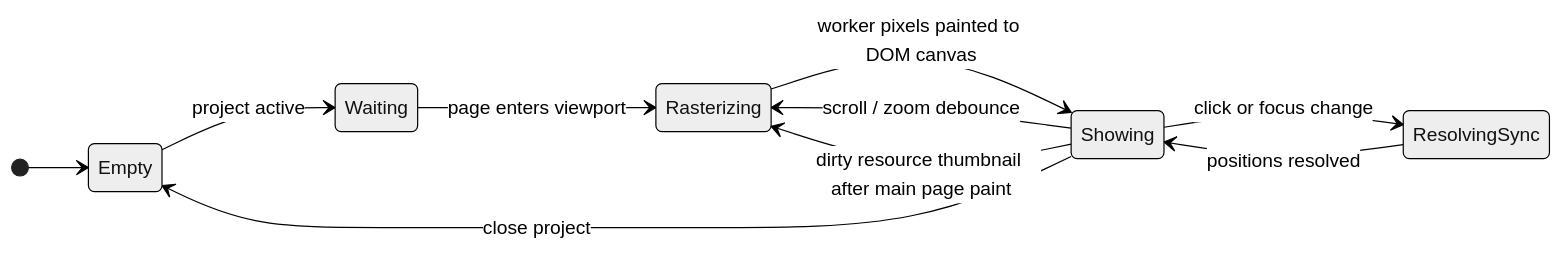
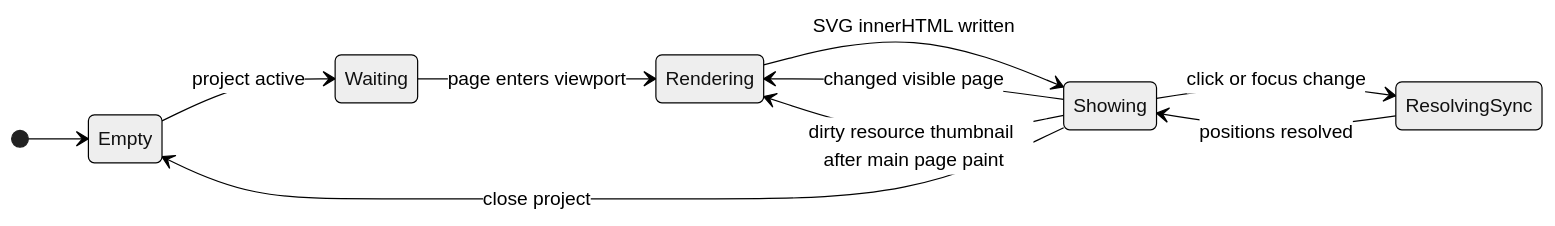
Before and after one commit to andmoreduro/ergo: the fourth of 5 diagrams in context/state-diagrams.md, drawn with Mermaid (neutral theme). The commit also changed other lines of this file and 115 other files, not shown here.

````diff
--- a/context/state-diagrams.md
+++ b/context/state-diagrams.md
@@ -73,14 +73,14 @@
 ```mermaid
 stateDiagram-v2
     direction LR
 
     [*] --> Empty
     Empty --> Waiting : project active
-    Waiting --> Rasterizing : page enters viewport
-    Rasterizing --> Showing : worker pixels painted to DOM canvas
-    Showing --> Rasterizing : scroll / zoom debounce
-    Showing --> Rasterizing : dirty resource thumbnail after main page paint
+    Waiting --> Rendering : page enters viewport
+    Rendering --> Showing : SVG innerHTML written
+    Showing --> Rendering : changed visible page
+    Showing --> Rendering : dirty resource thumbnail after main page paint
     Showing --> ResolvingSync : click or focus change
     ResolvingSync --> Showing : positions resolved
     Showing --> Empty : close project
 ```
````
